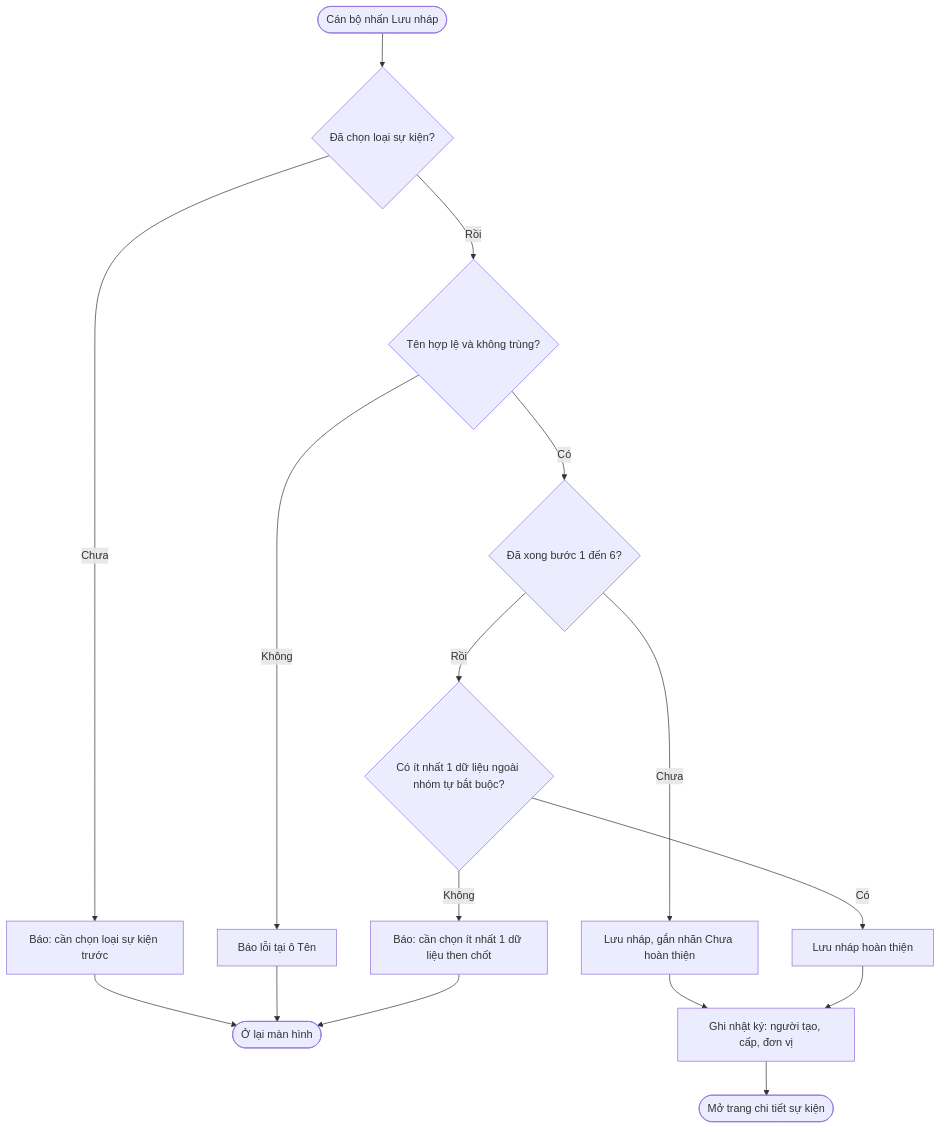
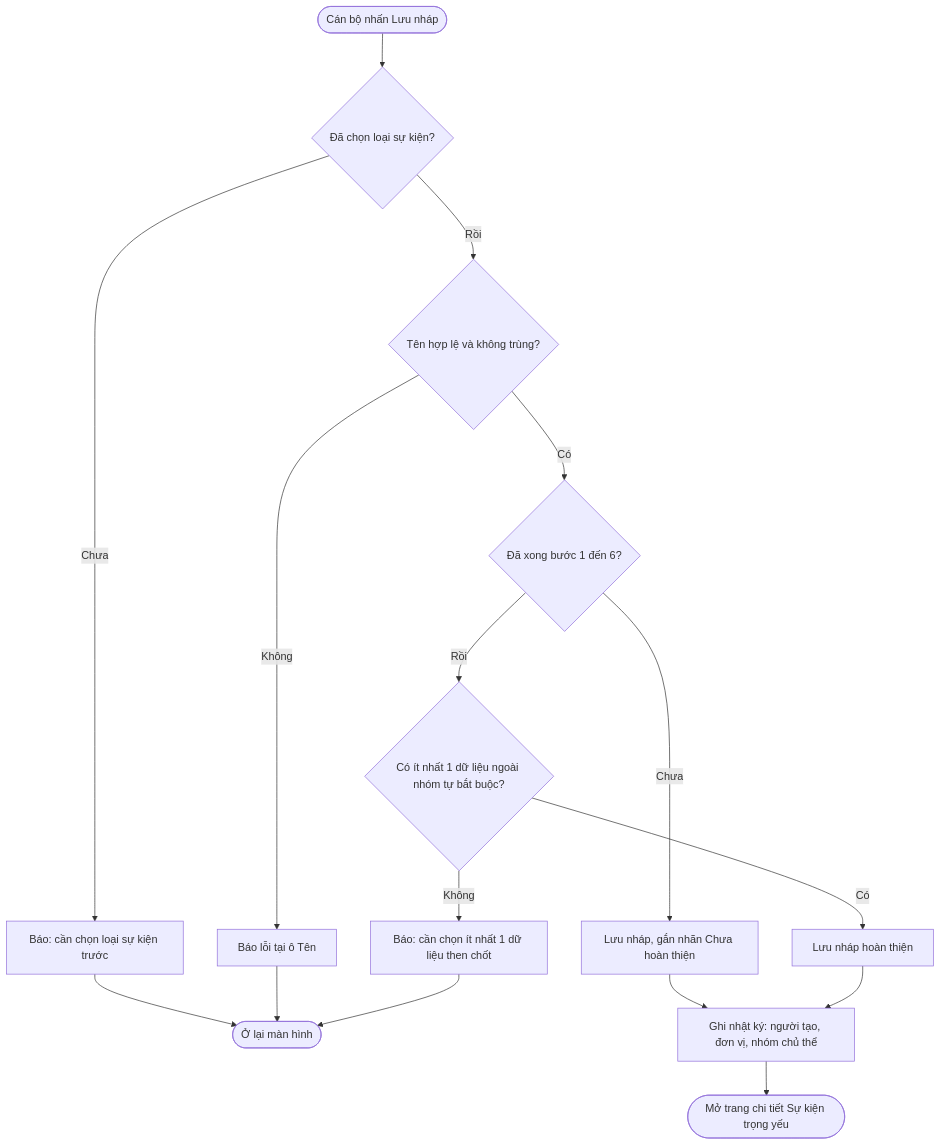
Before and after one commit to cuongnh-rd/ndatrace-attp: the fourth of 17 diagrams in docs/prd/PRD-Xay-dung-Su-kien-trong-yeu.md, drawn with Mermaid. The commit also changed other lines of this file and 18 other files, not shown here.

First line of the commit message:
docs: PRD Xây dựng Sự kiện trọng yếu v6 - đối chiếu Quyển 2/3, bổ sung phê duyệt, quy tắc viết đầy đủ

````diff
--- a/docs/prd/PRD-Xay-dung-Su-kien-trong-yeu.md
+++ b/docs/prd/PRD-Xay-dung-Su-kien-trong-yeu.md
@@ -268,15 +606,15 @@
 ```mermaid
 flowchart TD
     A([Cán bộ nhấn Lưu nháp]) --> B{Đã chọn loại sự kiện?}
     B -- Chưa --> X1[Báo: cần chọn loại sự kiện trước] --> Z1([Ở lại màn hình])
     B -- Rồi --> C{Tên hợp lệ và không trùng?}
     C -- Không --> X2[Báo lỗi tại ô Tên] --> Z1
     C -- Có --> D{Đã xong bước 1 đến 6?}
     D -- Chưa --> E[Lưu nháp, gắn nhãn Chưa hoàn thiện]
     D -- Rồi --> F{Có ít nhất 1 dữ liệu ngoài nhóm tự bắt buộc?}
     F -- Không --> X3[Báo: cần chọn ít nhất 1 dữ liệu then chốt] --> Z1
     F -- Có --> G[Lưu nháp hoàn thiện]
-    E --> H[Ghi nhật ký: người tạo, cấp, đơn vị]
+    E --> H[Ghi nhật ký: người tạo, đơn vị, nhóm chủ thể]
     G --> H
-    H --> Z2([Mở trang chi tiết sự kiện])
+    H --> Z2([Mở trang chi tiết Sự kiện trọng yếu])
 ```
````
